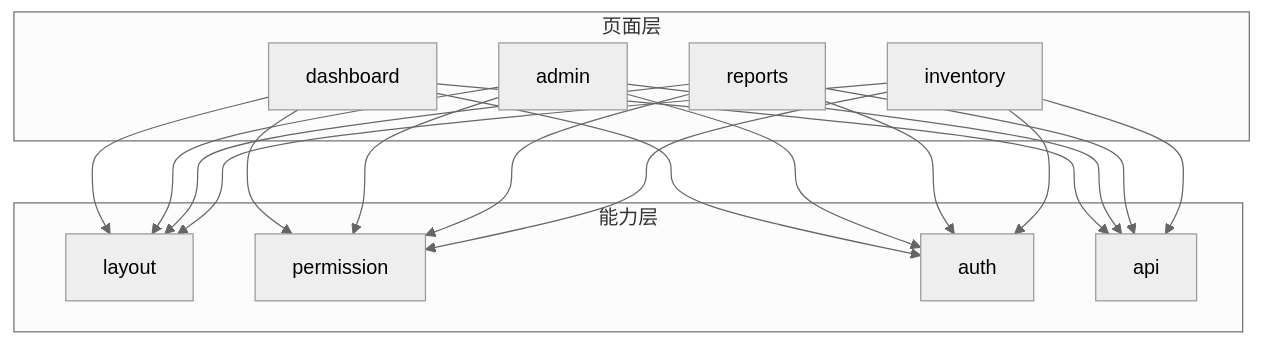
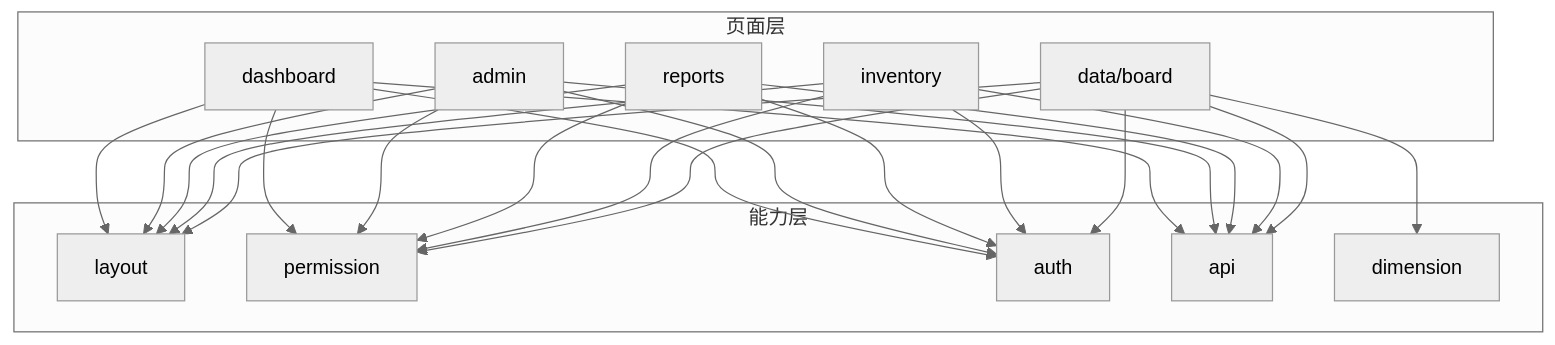
One commit to Damao997/newproject changed diagram 12 of 12 in .qoder/repowiki/zh/content/页面组件/页面组件.md. Above: the diagram before and after it, drawn with Mermaid (neutral theme). The commit also changed other lines of this file and 62 other files, not shown here.

````diff
--- a/.qoder/repowiki/zh/content/页面组件/页面组件.md
+++ b/.qoder/repowiki/zh/content/页面组件/页面组件.md
@@ -447,31 +554,38 @@
 ```mermaid
 graph TB
 subgraph "页面层"
 P1["dashboard"]
 P2["admin"]
 P3["reports"]
 P4["inventory"]
+P5["data/board"]
 end
 subgraph "能力层"
 L1["layout"]
 L2["permission"]
 L3["auth"]
 L4["api"]
+L5["dimension"]
 end
 P1 --> L1
 P2 --> L1
 P3 --> L1
 P4 --> L1
+P5 --> L1
 P1 --> L2
 P2 --> L2
 P3 --> L2
 P4 --> L2
+P5 --> L2
 P1 --> L3
 P2 --> L3
 P3 --> L3
 P4 --> L3
+P5 --> L3
 P1 --> L4
 P2 --> L4
 P3 --> L4
 P4 --> L4
+P5 --> L4
+P5 --> L5
 ```
````
